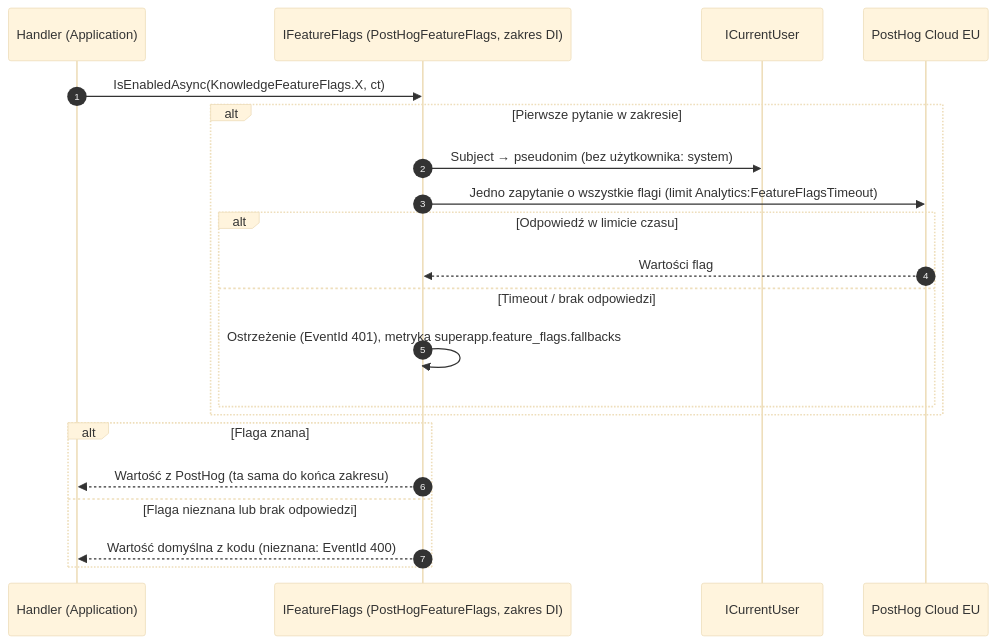
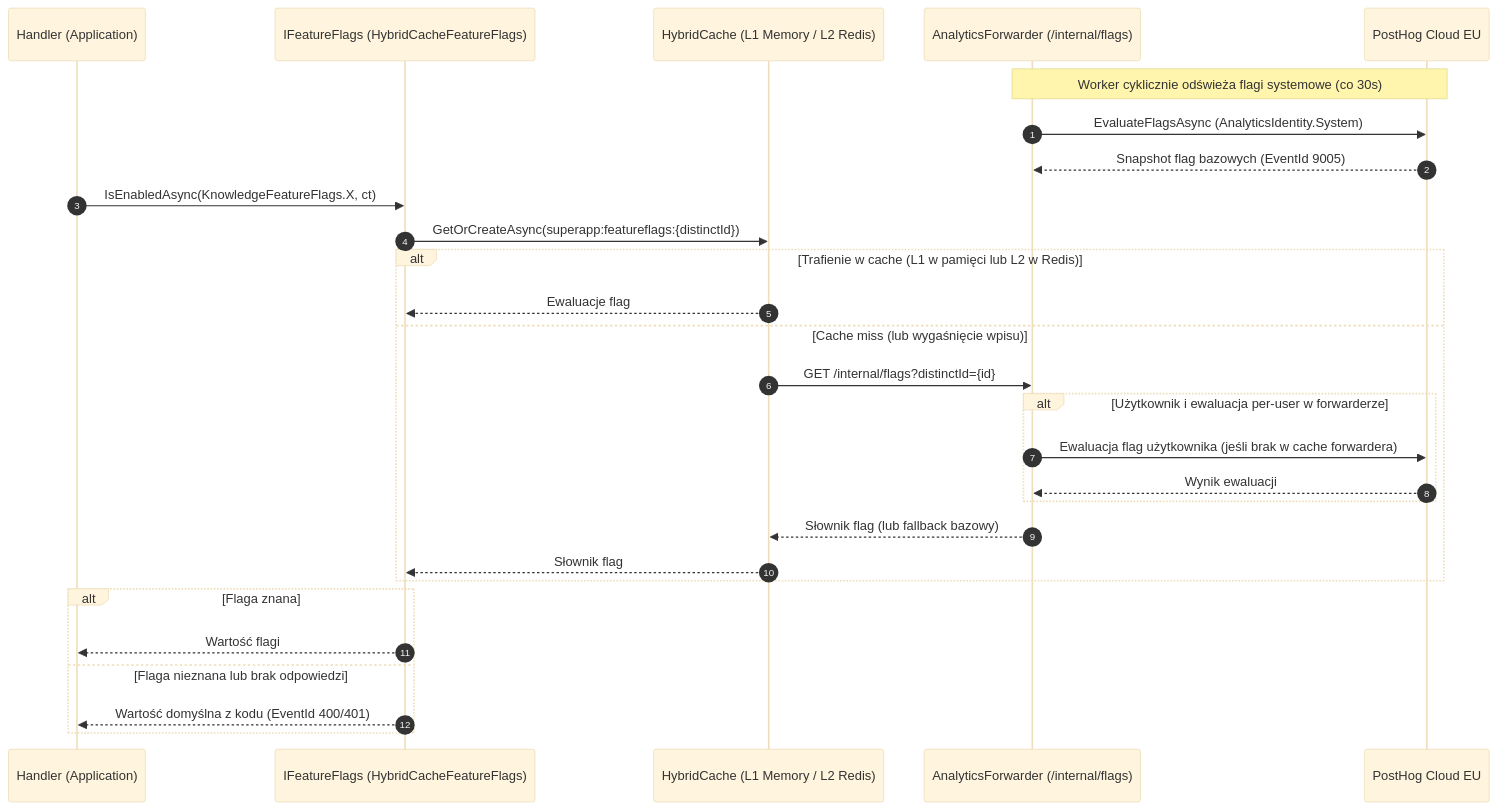
Diagram 18 of 21 in docs/architektura.md (vellezz/dotnet_template), drawn with Mermaid (base theme) before and after one commit. The commit also changed other lines of this file and 17 other files, not shown here.

Commit message:
feat(analytics): centralizacja egressu PostHog i ewaluacja feature flags z HybridCache (ADR-0036)

````diff
--- a/docs/architektura.md
+++ b/docs/architektura.md
@@ -1002,24 +1004,32 @@
 ```mermaid
 sequenceDiagram
     autonumber
     participant H as Handler (Application)
-    participant FF as IFeatureFlags (PostHogFeatureFlags, zakres DI)
-    participant CU as ICurrentUser
+    participant FF as IFeatureFlags (HybridCacheFeatureFlags)
+    participant HC as HybridCache (L1 Memory / L2 Redis)
+    participant AF as AnalyticsForwarder (/internal/flags)
     participant PH as PostHog Cloud EU
 
+    Note over AF,PH: Worker cyklicznie odświeża flagi systemowe (co 30s)
+    AF->>PH: EvaluateFlagsAsync (AnalyticsIdentity.System)
+    PH-->>AF: Snapshot flag bazowych (EventId 9005)
+
     H->>FF: IsEnabledAsync(KnowledgeFeatureFlags.X, ct)
-    alt Pierwsze pytanie w zakresie
-        FF->>CU: Subject → pseudonim (bez użytkownika: system)
-        FF->>PH: Jedno zapytanie o wszystkie flagi (limit Analytics:FeatureFlagsTimeout)
-        alt Odpowiedź w limicie czasu
-            PH-->>FF: Wartości flag
-        else Timeout / brak odpowiedzi
-            FF->>FF: Ostrzeżenie (EventId 401), metryka superapp.feature_flags.fallbacks
+    FF->>HC: GetOrCreateAsync(superapp:featureflags:{distinctId})
+    alt Trafienie w cache (L1 w pamięci lub L2 w Redis)
+        HC-->>FF: Ewaluacje flag
+    else Cache miss (lub wygaśnięcie wpisu)
+        HC->>AF: GET /internal/flags?distinctId={id}
+        alt Użytkownik i ewaluacja per-user w forwarderze
+            AF->>PH: Ewaluacja flag użytkownika (jeśli brak w cache forwardera)
+            PH-->>AF: Wynik ewaluacji
         end
+        AF-->>HC: Słownik flag (lub fallback bazowy)
+        HC-->>FF: Słownik flag
     end
     alt Flaga znana
-        FF-->>H: Wartość z PostHog (ta sama do końca zakresu)
+        FF-->>H: Wartość flagi
     else Flaga nieznana lub brak odpowiedzi
-        FF-->>H: Wartość domyślna z kodu (nieznana: EventId 400)
+        FF-->>H: Wartość domyślna z kodu (EventId 400/401)
     end
 ```
````
